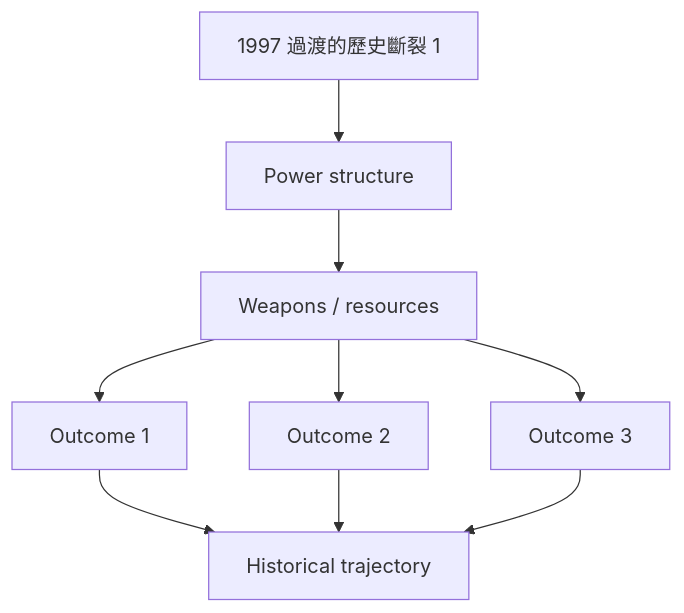
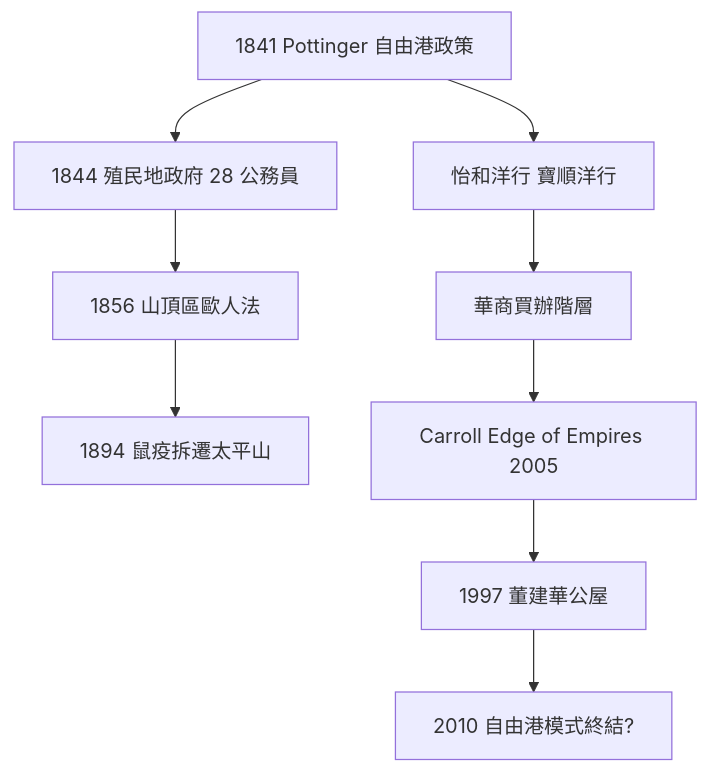
Before and after one commit to yip-lgtm/HKU-Harvard-History-Self-Study: the first of 10 diagrams in 01_HKU_Courses/HIST1017_Modern_Hong_Kong.md, drawn with Mermaid. The commit also changed other lines of this file and 7 other files, not shown here.

````diff
--- a/01_HKU_Courses/HIST1017_Modern_Hong_Kong.md
+++ b/01_HKU_Courses/HIST1017_Modern_Hong_Kong.md
@@ -187,11 +187,11 @@
 ```mermaid
 graph TD
-    A[1997 過渡的歷史斷裂 1] --> B[Power structure]
-    B --> C[Weapons / resources]
-    C --> D[Outcome 1]
-    C --> E[Outcome 2]
-    C --> F[Outcome 3]
-    D --> G[Historical trajectory]
-    E --> G
-    F --> G
+    A[1841 Pottinger 自由港政策] --> B[1844 殖民地政府 28 公務員]
+    B --> C[1856 山頂區歐人法]
+    C --> D[1894 鼠疫拆遷太平山]
+    A --> E[怡和洋行 寶順洋行]
+    E --> F[華商買辦階層]
+    F --> G[Carroll Edge of Empires 2005]
+    G --> H[1997 董建華公屋]
+    H --> I[2010 自由港模式終結?]
 ```
````
